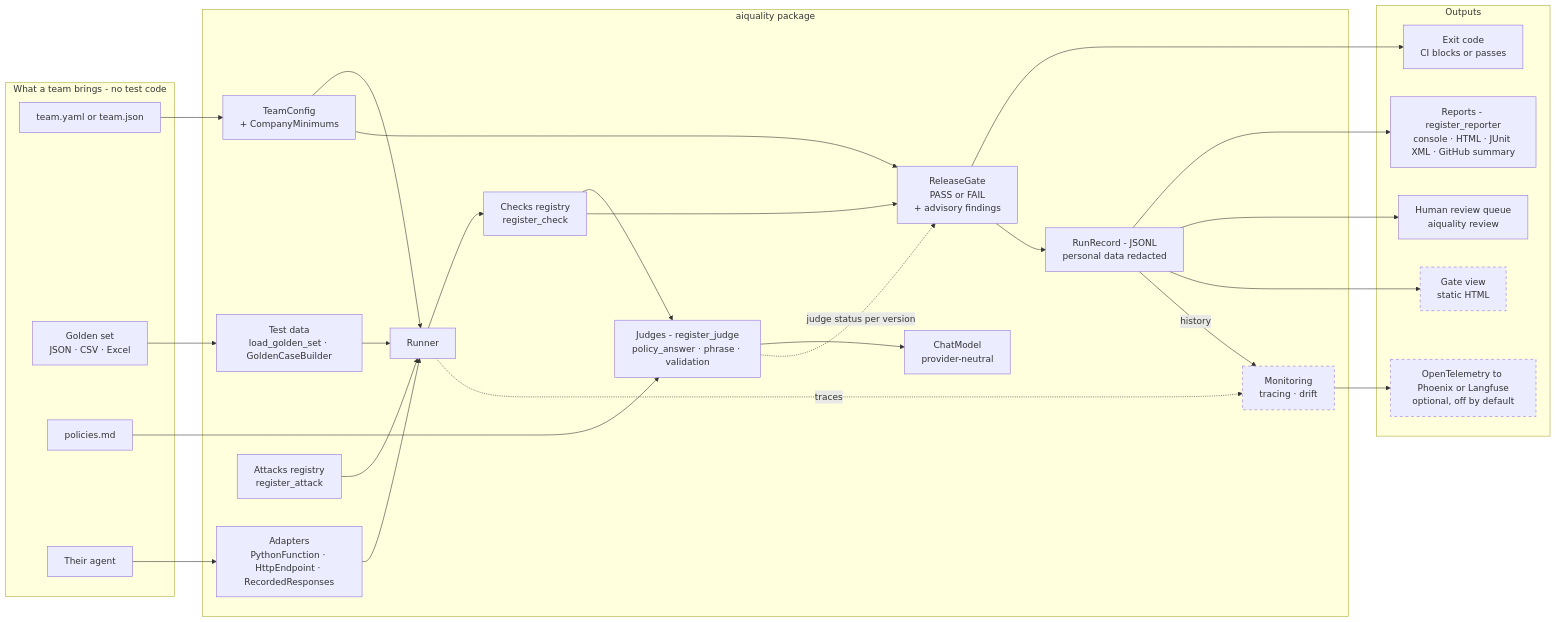
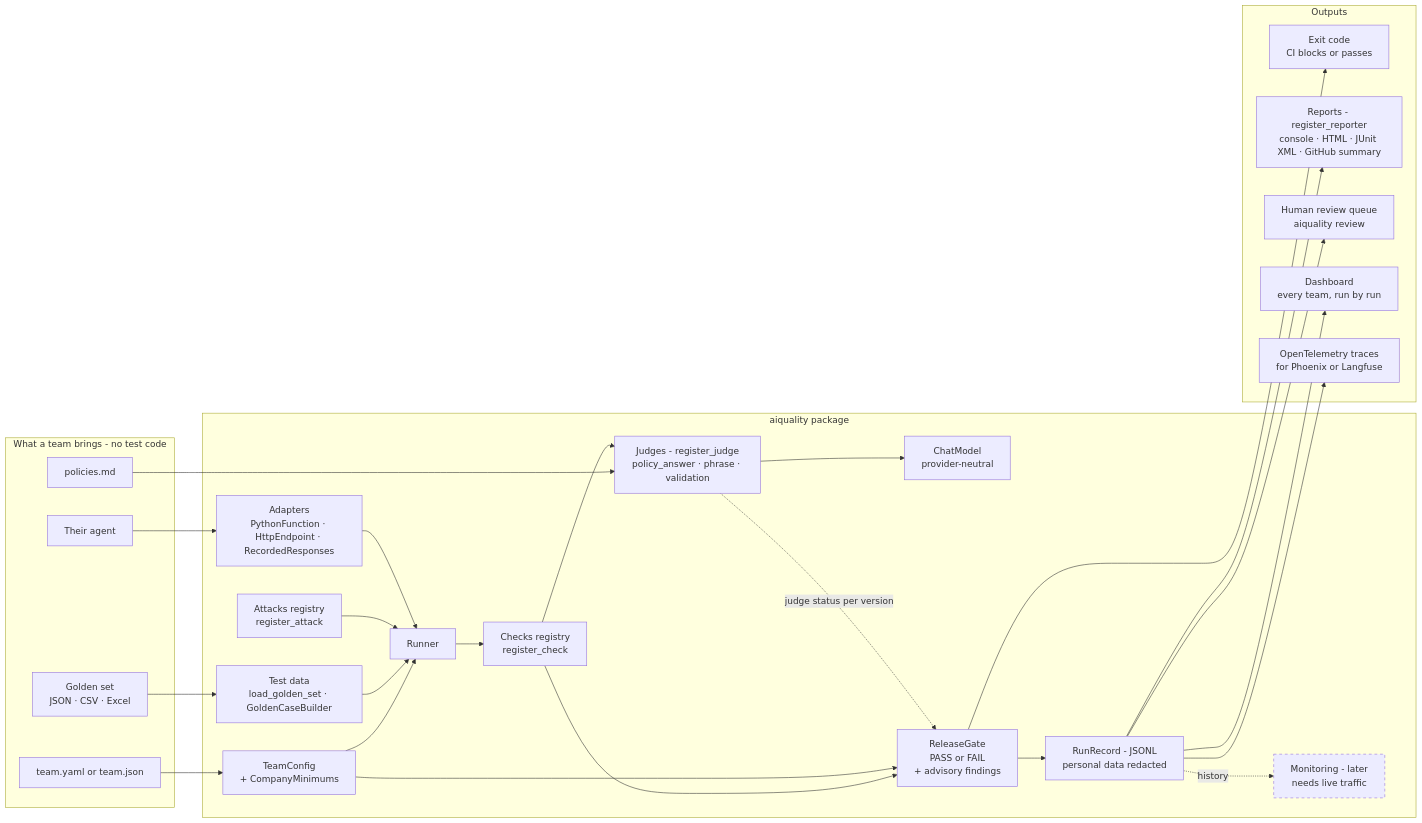
Before and after one commit to rahulsharma-qe/ai-quality-lab: the diagram in README.md, drawn with Mermaid. The commit also changed other lines of this file and 1 other file, not shown here.

Commit message:
Docs: architecture status and diagrams match what is built
The dashboard and the OpenTelemetry export are solid boxes now; only
monitoring stays dashed, waiting for live traffic. The architecture
status table lists the decision check, noise statistics, repeat,
dashboard, trace export and the second team; the review queue is no
longer called planned; CI is one step per team until another repository
needs a reusable workflow.

````diff
--- a/README.md
+++ b/README.md
@@ -104,53 +104,52 @@
 ```mermaid
 flowchart LR
   subgraph TEAM["What a team brings - no test code"]
     CFG["team.yaml or team.json"]
     GS["Golden set<br/>JSON · CSV · Excel"]
     POL["policies.md"]
     AG["Their agent"]
   end
   subgraph CORE["aiquality package"]
     TC["TeamConfig<br/>+ CompanyMinimums"]
     TD["Test data<br/>load_golden_set · GoldenCaseBuilder"]
     AD["Adapters<br/>PythonFunction · HttpEndpoint · RecordedResponses"]
     ATK["Attacks registry<br/>register_attack"]
     RUN["Runner"]
     CHK["Checks registry<br/>register_check"]
     JDG["Judges - register_judge<br/>policy_answer · phrase · validation"]
     MDL["ChatModel<br/>provider-neutral"]
     GATE["ReleaseGate<br/>PASS or FAIL<br/>+ advisory findings"]
     RR["RunRecord - JSONL<br/>personal data redacted"]
-    MON["Monitoring<br/>tracing · drift"]
+    MON["Monitoring - later<br/>needs live traffic"]
   end
   subgraph OUT["Outputs"]
     EXIT["Exit code<br/>CI blocks or passes"]
     REP["Reports - register_reporter<br/>console · HTML · JUnit XML · GitHub summary"]
     HRQ["Human review queue<br/>aiquality review"]
-    GV["Gate view<br/>static HTML"]
-    OTEL["OpenTelemetry to Phoenix or Langfuse<br/>optional, off by default"]
+    GV["Dashboard<br/>every team, run by run"]
+    OTEL["OpenTelemetry traces<br/>for Phoenix or Langfuse"]
   end
   CFG --> TC
   GS --> TD
   AG --> AD
   POL --> JDG
   TC --> RUN
   TD --> RUN
   ATK --> RUN
   AD --> RUN
   RUN --> CHK
   CHK --> JDG
   JDG --> MDL
   CHK --> GATE
   TC --> GATE
   JDG -.->|"judge status per version"| GATE
   GATE --> EXIT
   GATE --> RR
   RR --> REP
   RR --> HRQ
   RR --> GV
-  RUN -.->|"traces"| MON
-  RR -->|"history"| MON
-  MON --> OTEL
+  RR --> OTEL
+  RR -.->|"history"| MON
   classDef later stroke-dasharray: 5 5
-  class MON,GV,OTEL later
+  class MON later
 ```
````
